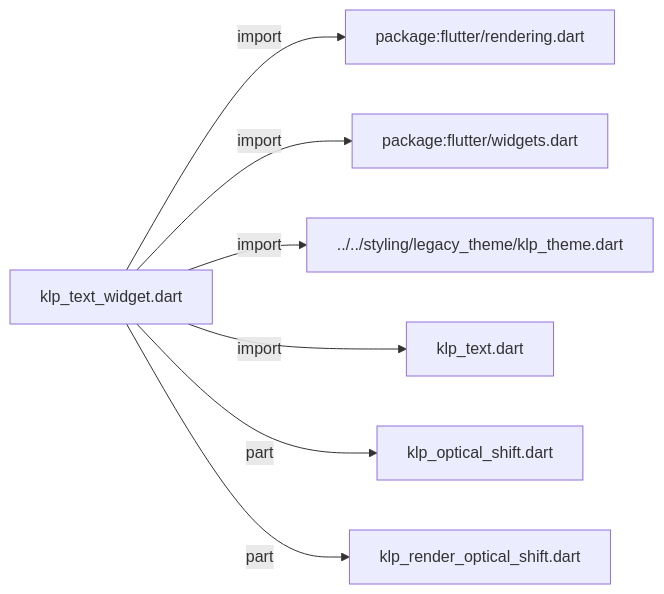
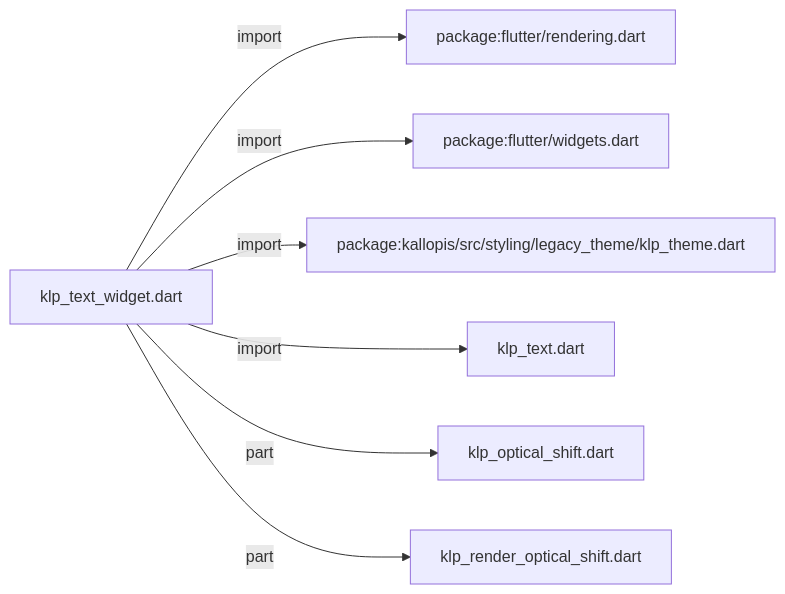
The first of 3 diagrams in docs/architecture/src/foundation/content/klp_text_widget.md (MiuDog/Kallopis), drawn with Mermaid before and after one commit. The commit also changed other lines of this file and 9688 other files, not shown here.

Commit message:
Prepare isolated Flow F2 peer baseline

````diff
--- a/docs/architecture/src/foundation/content/klp_text_widget.md
+++ b/docs/architecture/src/foundation/content/klp_text_widget.md
@@ -11,16 +11,16 @@
 ```mermaid
 flowchart LR
 	n0["klp_text_widget.dart"]
 	n1["package:flutter/rendering.dart"]
 	n2["package:flutter/widgets.dart"]
-	n3["../../styling/legacy_theme/klp_theme.dart"]
+	n3["package:kallopis/src/styling/legacy_theme/klp_theme.dart"]
 	n4["klp_text.dart"]
 	n5["klp_optical_shift.dart"]
 	n6["klp_render_optical_shift.dart"]
 	n0 -->|"import"| n1
 	n0 -->|"import"| n2
 	n0 -->|"import"| n3
 	n0 -->|"import"| n4
 	n0 -->|"part"| n5
 	n0 -->|"part"| n6
 ```
````
